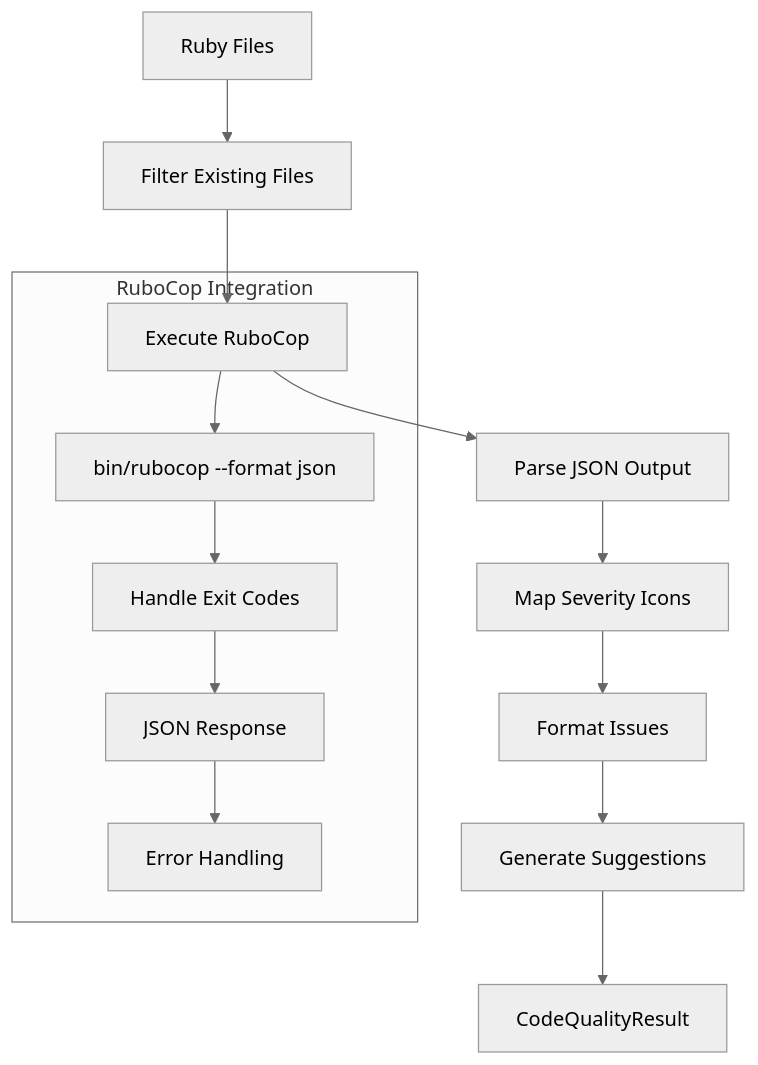
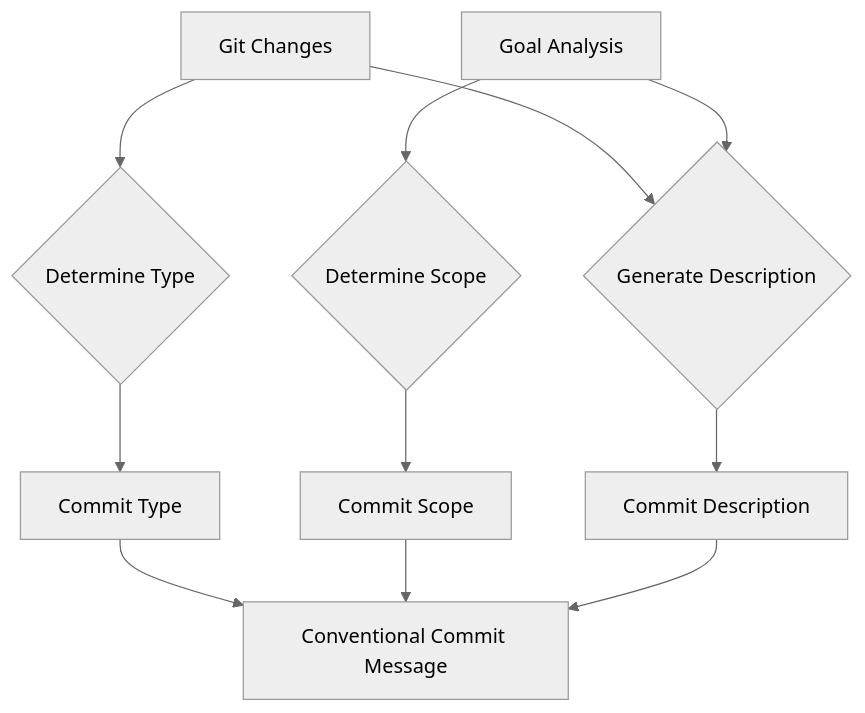
Before and after one commit to abradner/transformer: the fifth of 10 diagrams in docs/commit-validation-system.md, drawn with Mermaid (neutral theme). The commit also changed other lines of this file and 3 other files, not shown here.

````diff
--- a/docs/commit-validation-system.md
+++ b/docs/commit-validation-system.md
@@ -193,17 +199,17 @@
 ```mermaid
 graph TB
-    A[Ruby Files] --> B[Filter Existing Files]
-    B --> C[Execute RuboCop]
-    C --> D[Parse JSON Output]
-    D --> E[Map Severity Icons]
-    E --> F[Format Issues]
-    F --> G[Generate Suggestions]
-    G --> H[CodeQualityResult]
+    A[Git Changes] --> C{Determine Type}
+    B[Goal Analysis] --> D{Determine Scope}
     
-    subgraph "RuboCop Integration"
-        C --> I[bin/rubocop --format json]
-        I --> J[Handle Exit Codes]
-        J --> K[JSON Response]
-        K --> L[Error Handling]
-    end
+    C --> E[Commit Type]
+    D --> F[Commit Scope]
+    
+    A --> G{Generate Description}
+    B --> G
+    
+    G --> H[Commit Description]
+    
+    E --> I[Conventional Commit Message]
+    F --> I
+    H --> I
 ```
````
